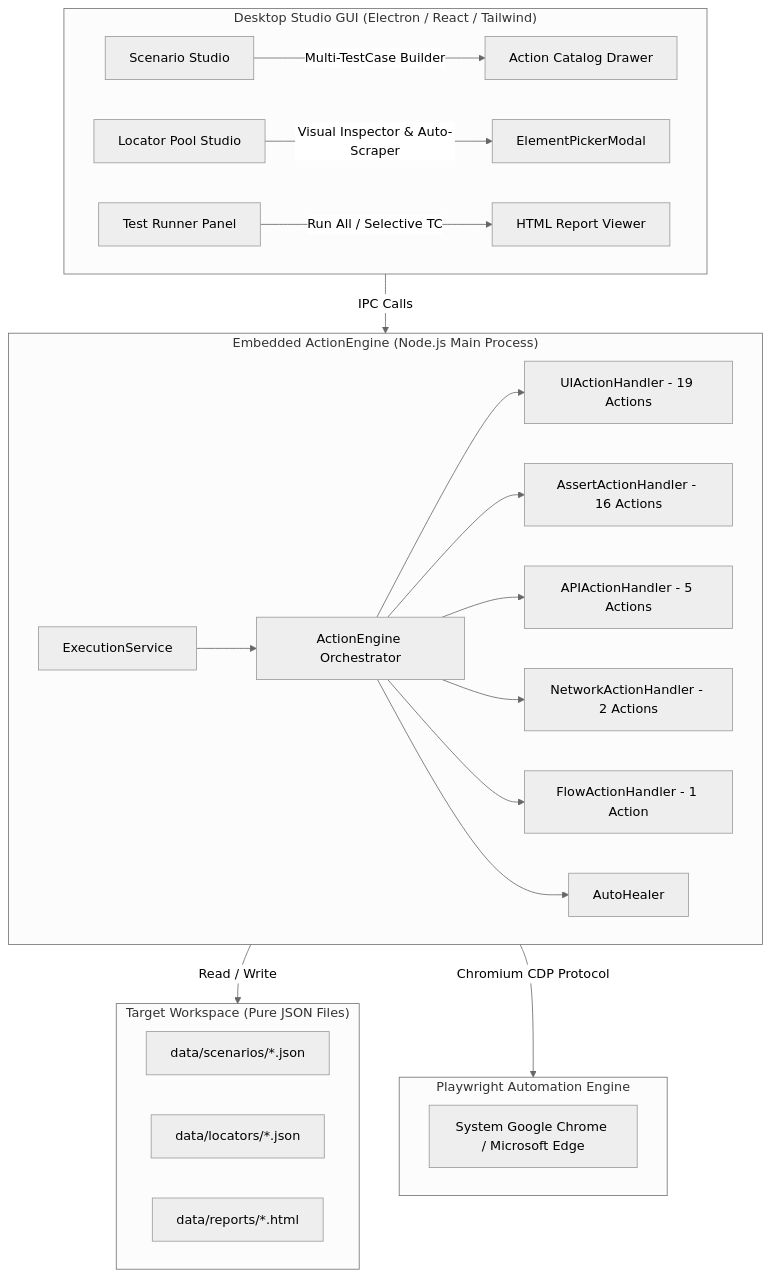
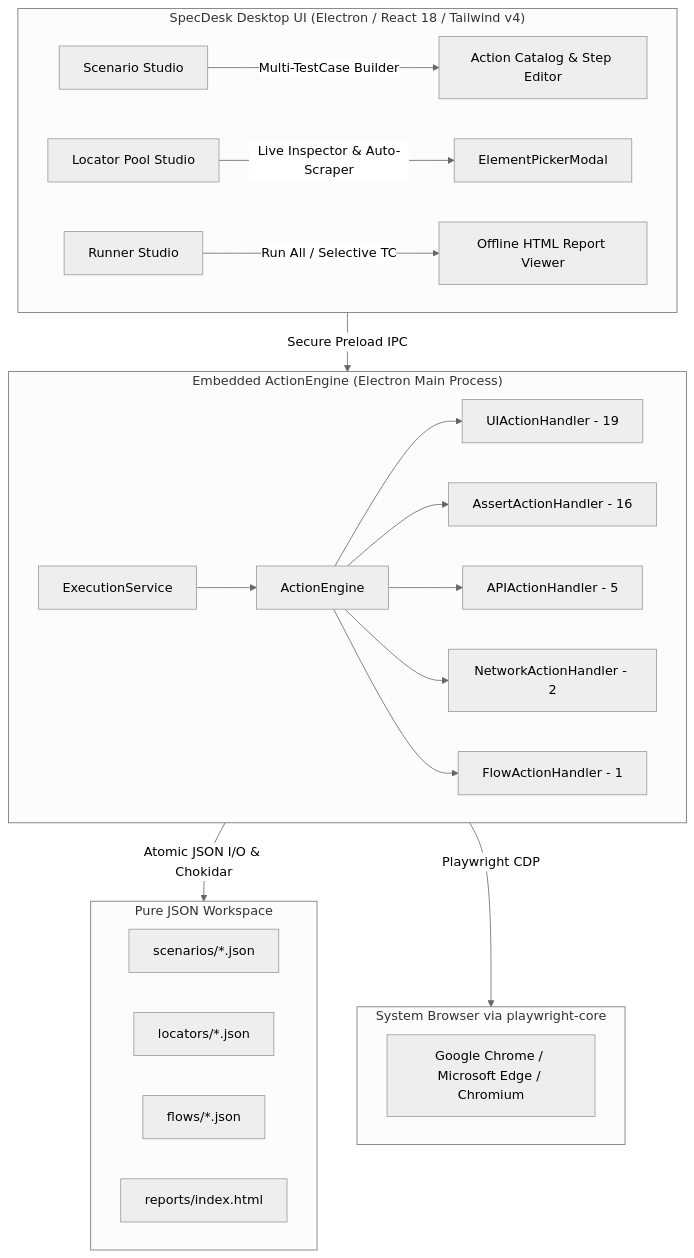
One commit to minhnda-se/SpecDesk changed the diagram in README.md. Above: the diagram before and after it, drawn with Mermaid (neutral theme). The commit also changed other lines of this file and 37 other files, not shown here.

````diff
--- a/README.md
+++ b/README.md
@@ -57,32 +51,32 @@
 ```mermaid
 flowchart TB
-    subgraph UI ["Desktop Studio GUI (Electron / React / Tailwind)"]
-        A[Scenario Studio] -->|Multi-TestCase Builder| B[Action Catalog Drawer]
-        C[Locator Pool Studio] -->|Visual Inspector & Auto-Scraper| D[ElementPickerModal]
-        E[Test Runner Panel] -->|Run All / Selective TC| F[HTML Report Viewer]
+    subgraph UI ["SpecDesk Desktop UI (Electron / React 18 / Tailwind v4)"]
+        A[Scenario Studio] -->|Multi-TestCase Builder| B[Action Catalog & Step Editor]
+        C[Locator Pool Studio] -->|Live Inspector & Auto-Scraper| D[ElementPickerModal]
+        E[Runner Studio] -->|Run All / Selective TC| F[Offline HTML Report Viewer]
     end
 
-    subgraph Core ["Embedded ActionEngine (Node.js Main Process)"]
-        G[ExecutionService] --> H[ActionEngine Orchestrator]
-        H --> I[UIActionHandler - 19 Actions]
-        H --> J[AssertActionHandler - 16 Actions]
-        H --> K[APIActionHandler - 5 Actions]
-        H --> L[NetworkActionHandler - 2 Actions]
-        H --> M[FlowActionHandler - 1 Action]
-        H --> N[AutoHealer]
+    subgraph Core ["Embedded ActionEngine (Electron Main Process)"]
+        G[ExecutionService] --> H[ActionEngine]
+        H --> I[UIActionHandler - 19]
+        H --> J[AssertActionHandler - 16]
+        H --> K[APIActionHandler - 5]
+        H --> L[NetworkActionHandler - 2]
+        H --> M[FlowActionHandler - 1]
     end
 
-    subgraph Workspace ["Target Workspace (Pure JSON Files)"]
-        O[data/scenarios/*.json]
-        P[data/locators/*.json]
-        Q[data/reports/*.html]
+    subgraph Workspace ["Pure JSON Workspace"]
+        O[scenarios/*.json]
+        P[locators/*.json]
+        Q[flows/*.json]
+        R[reports/index.html]
     end
 
-    subgraph Browser ["Playwright Automation Engine"]
-        R[System Google Chrome / Microsoft Edge]
+    subgraph Browser ["System Browser via playwright-core"]
+        S[Google Chrome / Microsoft Edge / Chromium]
     end
 
-    UI -->|IPC Calls| Core
-    Core -->|Read / Write| Workspace
-    Core -->|Chromium CDP Protocol| Browser
+    UI -->|Secure Preload IPC| Core
+    Core -->|Atomic JSON I/O & Chokidar| Workspace
+    Core -->|Playwright CDP| Browser
 ```
````
